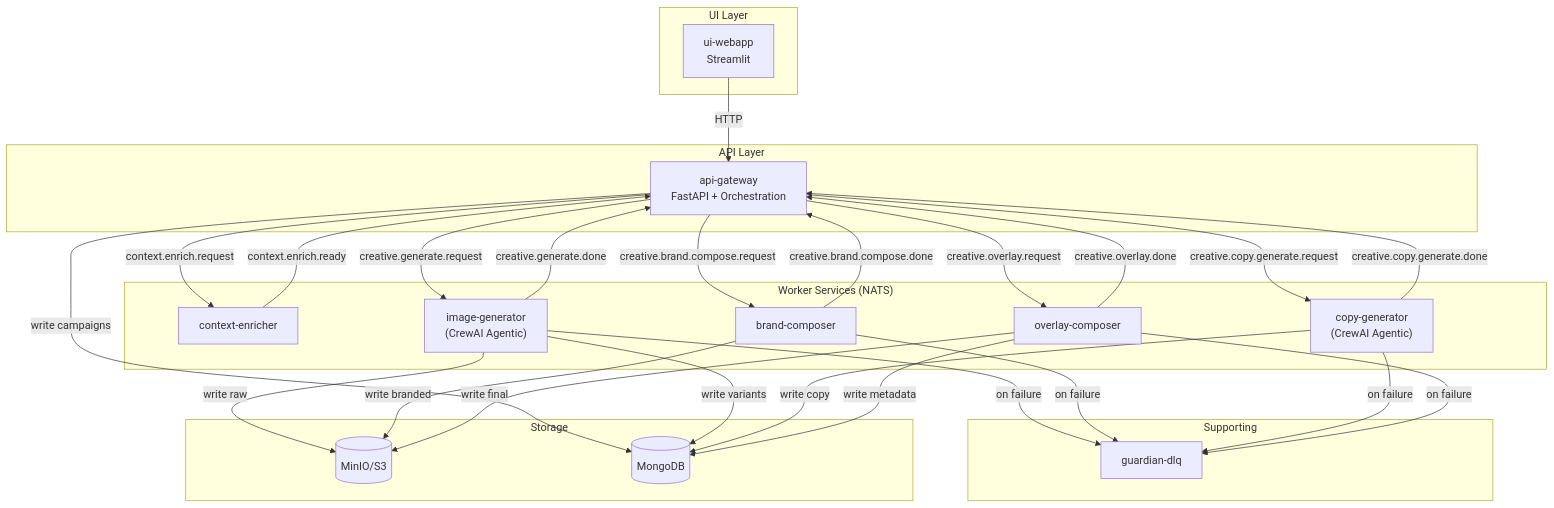
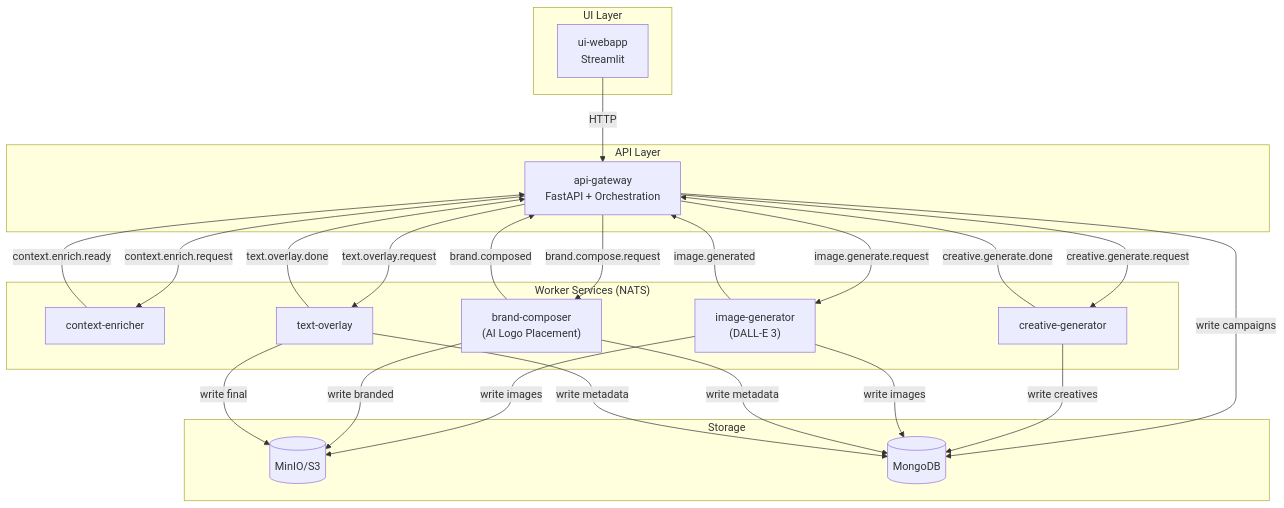
One commit to gsantopaolo/CreativeCampaign-Agent changed the second of 2 diagrams in docs/architecture.md. Above: the diagram before and after it, drawn with Mermaid. The commit also changed other lines of this file and 7 other files, not shown here.

````diff
--- a/docs/architecture.md
+++ b/docs/architecture.md
@@ -117,58 +90,50 @@
 ```mermaid
 flowchart TB
   subgraph UI["UI Layer"]
     UIApp["ui-webapp<br/>Streamlit"]
   end
 
   subgraph API["API Layer"]
     APIGW["api-gateway<br/>FastAPI + Orchestration"]
   end
 
   subgraph Workers["Worker Services (NATS)"]
     Ctx["context-enricher"]
-    Gen["image-generator<br/>(CrewAI Agentic)"]
-    Brand["brand-composer"]
-    Copy["copy-generator<br/>(CrewAI Agentic)"]
-    Over["overlay-composer"]
-  end
-  
-  subgraph Support["Supporting"]
-    Guard["guardian-dlq"]
+    CG["creative-generator"]
+    IG["image-generator<br/>(DALL-E 3)"]
+    BC["brand-composer<br/>(AI Logo Placement)"]
+    TO["text-overlay"]
   end
 
   subgraph Storage["Storage"]
     S3[(MinIO/S3)]
     Mongo[(MongoDB)]
   end
 
   UIApp -- "HTTP" --> APIGW
   
   APIGW -- "context.enrich.request" --> Ctx
   Ctx -- "context.enrich.ready" --> APIGW
   
-  APIGW -- "creative.generate.request" --> Gen
-  Gen -- "creative.generate.done" --> APIGW
+  APIGW -- "creative.generate.request" --> CG
+  CG -- "creative.generate.done" --> APIGW
   
-  APIGW -- "creative.brand.compose.request" --> Brand
-  Brand -- "creative.brand.compose.done" --> APIGW
+  APIGW -- "image.generate.request" --> IG
+  IG -- "image.generated" --> APIGW
   
-  APIGW -- "creative.copy.generate.request" --> Copy
-  Copy -- "creative.copy.generate.done" --> APIGW
+  APIGW -- "brand.compose.request" --> BC
+  BC -- "brand.composed" --> APIGW
   
-  APIGW -- "creative.overlay.request" --> Over
-  Over -- "creative.overlay.done" --> APIGW
+  APIGW -- "text.overlay.request" --> TO
+  TO -- "text.overlay.done" --> APIGW
   
-  Gen -- "write raw" --> S3
-  Brand -- "write branded" --> S3
-  Over -- "write final" --> S3
+  IG -- "write images" --> S3
+  BC -- "write branded" --> S3
+  TO -- "write final" --> S3
   
   APIGW -- "write campaigns" --> Mongo
-  Gen -- "write variants" --> Mongo
-  Copy -- "write copy" --> Mongo
-  Over -- "write metadata" --> Mongo
-  
-  Gen -- "on failure" --> Guard
-  Brand -- "on failure" --> Guard
-  Copy -- "on failure" --> Guard
-  Over -- "on failure" --> Guard
+  CG -- "write creatives" --> Mongo
+  IG -- "write images" --> Mongo
+  BC -- "write metadata" --> Mongo
+  TO -- "write metadata" --> Mongo
 ```
````
